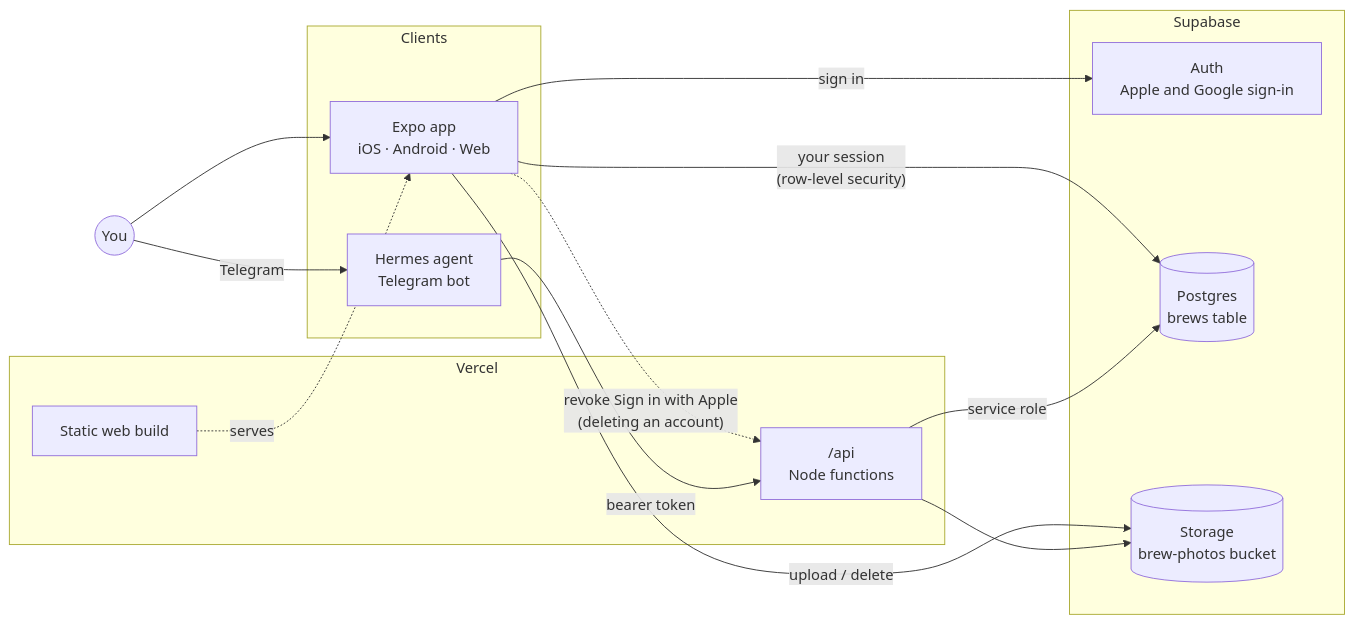
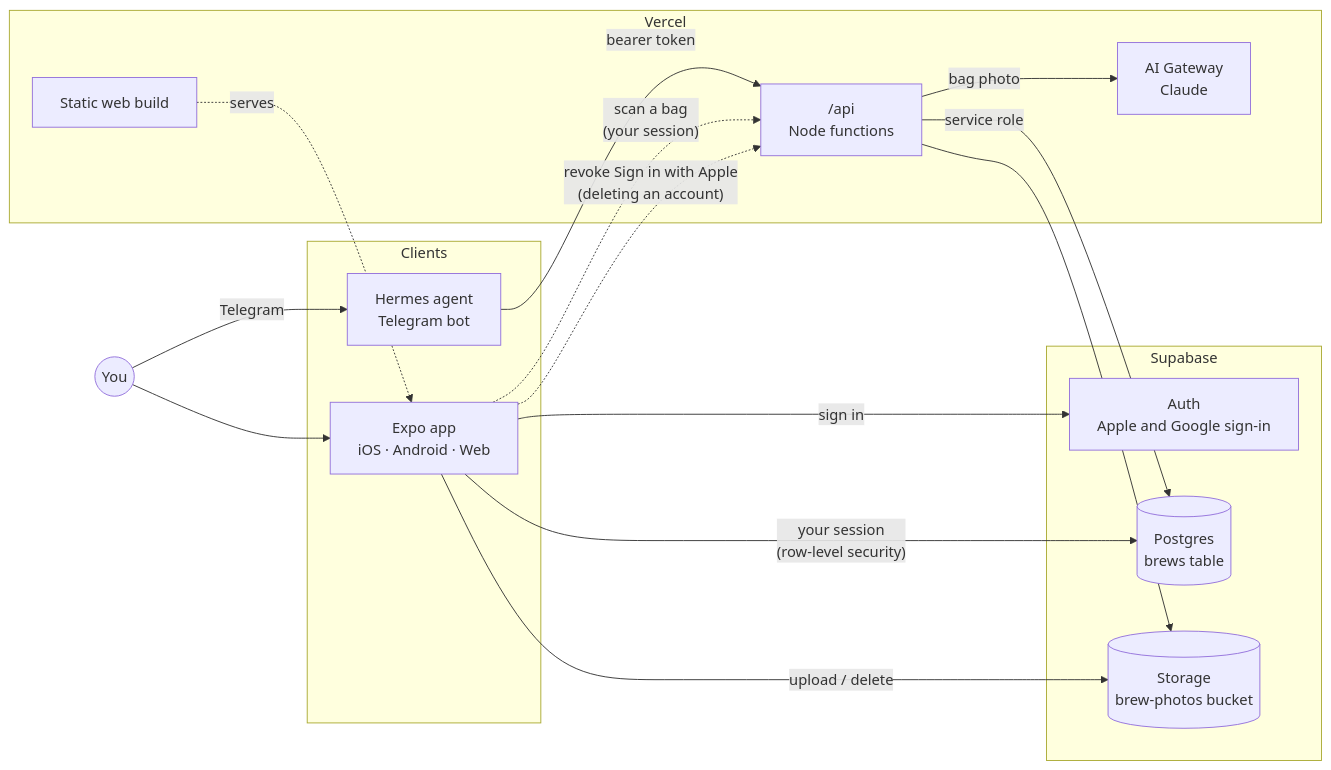
Before and after one commit to antmelon/BruLogger: the first of 6 diagrams in README.md, drawn with Mermaid. The commit also changed other lines of this file and 4 other files, not shown here.

````diff
--- a/README.md
+++ b/README.md
@@ -36,31 +37,34 @@
 ```mermaid
 flowchart LR
   you((You))
 
   subgraph clients [Clients]
     app["Expo app<br/>iOS · Android · Web"]
     bot["Hermes agent<br/>Telegram bot"]
   end
 
   subgraph vercel [Vercel]
     web["Static web build"]
     api["/api<br/>Node functions"]
+    gateway["AI Gateway<br/>Claude"]
   end
 
   subgraph supabase [Supabase]
     auth["Auth<br/>Apple and Google sign-in"]
     db[("Postgres<br/>brews table")]
     storage[("Storage<br/>brew-photos bucket")]
   end
 
   you --> app
   you -- Telegram --> bot
   web -. serves .-> app
   app -- sign in --> auth
   app -- "your session<br/>(row-level security)" --> db
   app -- upload / delete --> storage
   app -. "revoke Sign in with Apple<br/>(deleting an account)" .-> api
+  app -. "scan a bag<br/>(your session)" .-> api
   bot -- bearer token --> api
   api -- service role --> db
   api --> storage
+  api -- bag photo --> gateway
 ```
````
